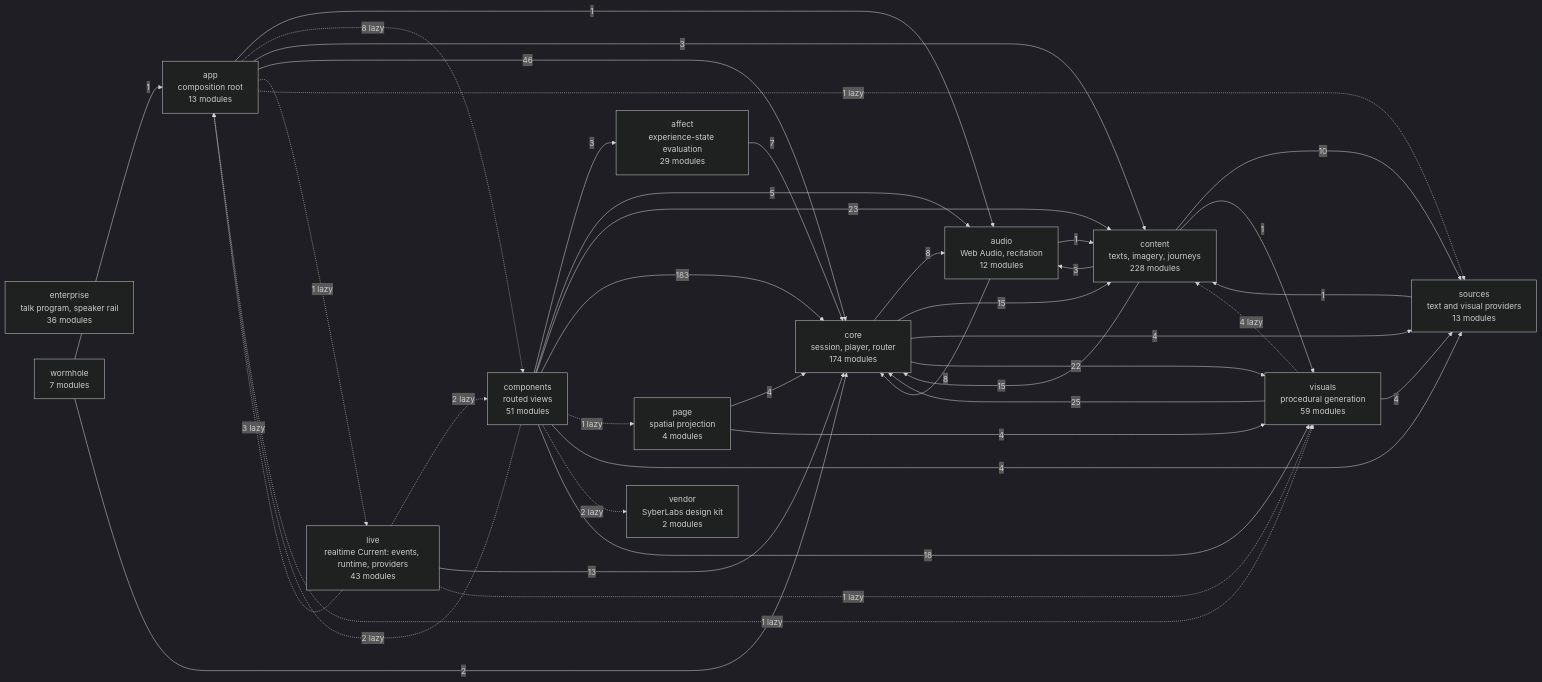
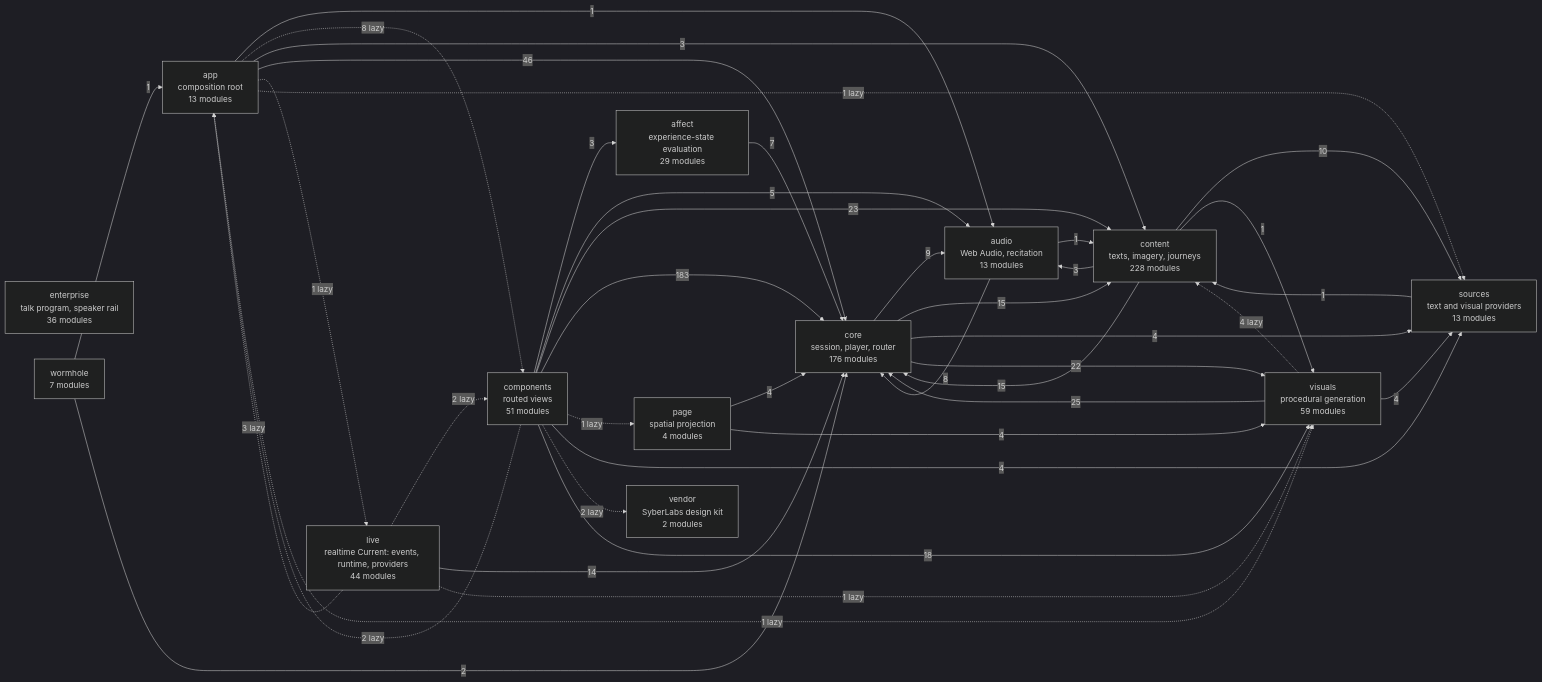
The diagram in docs/specs/ARCHITECTURE.md (SyberLabs/RISE), drawn with Mermaid (dark theme) before and after one commit.

Commit message:
Regenerate the architecture diagram

````diff
--- a/docs/specs/ARCHITECTURE.md
+++ b/docs/specs/ARCHITECTURE.md
@@ -154,56 +154,56 @@
 ```mermaid
 flowchart LR
     affect["affect<br/>experience-state evaluation<br/>29 modules"]
     app["app<br/>composition root<br/>13 modules"]
-    audio["audio<br/>Web Audio, recitation<br/>12 modules"]
+    audio["audio<br/>Web Audio, recitation<br/>13 modules"]
     components["components<br/>routed views<br/>51 modules"]
     content["content<br/>texts, imagery, journeys<br/>228 modules"]
-    core["core<br/>session, player, router<br/>174 modules"]
+    core["core<br/>session, player, router<br/>176 modules"]
     enterprise["enterprise<br/>talk program, speaker rail<br/>36 modules"]
-    live["live<br/>realtime Current: events, runtime, providers<br/>43 modules"]
+    live["live<br/>realtime Current: events, runtime, providers<br/>44 modules"]
     page["page<br/>spatial projection<br/>4 modules"]
     sources["sources<br/>text and visual providers<br/>13 modules"]
     vendor["vendor<br/>SyberLabs design kit<br/>2 modules"]
     visuals["visuals<br/>procedural generation<br/>59 modules"]
     wormhole["wormhole<br/>7 modules"]
 
     affect --> |7| core
     app --> |1| audio
     app -.-> |8 lazy| components
     app --> |3| content
     app --> |46| core
     app -.-> |1 lazy| live
     app -.-> |1 lazy| sources
     app -.-> |1 lazy| visuals
     audio --> |1| content
     audio --> |8| core
     components --> |3| affect
     components -.-> |2 lazy| app
     components --> |5| audio
     components --> |23| content
     components --> |183| core
     components -.-> |1 lazy| page
     components --> |4| sources
     components -.-> |2 lazy| vendor
     components --> |18| visuals
     content --> |3| audio
     content --> |15| core
     content --> |10| sources
     content --> |1| visuals
-    core --> |8| audio
+    core --> |9| audio
     core --> |15| content
     core --> |4| sources
     core --> |22| visuals
     live -.-> |3 lazy| app
     live -.-> |2 lazy| components
-    live --> |13| core
+    live --> |14| core
     live -.-> |1 lazy| visuals
     page --> |4| core
     page --> |4| visuals
     sources --> |1| content
     visuals -.-> |4 lazy| content
     visuals --> |25| core
     visuals --> |4| sources
     wormhole --> |1| app
     wormhole --> |2| core
 ```
````
